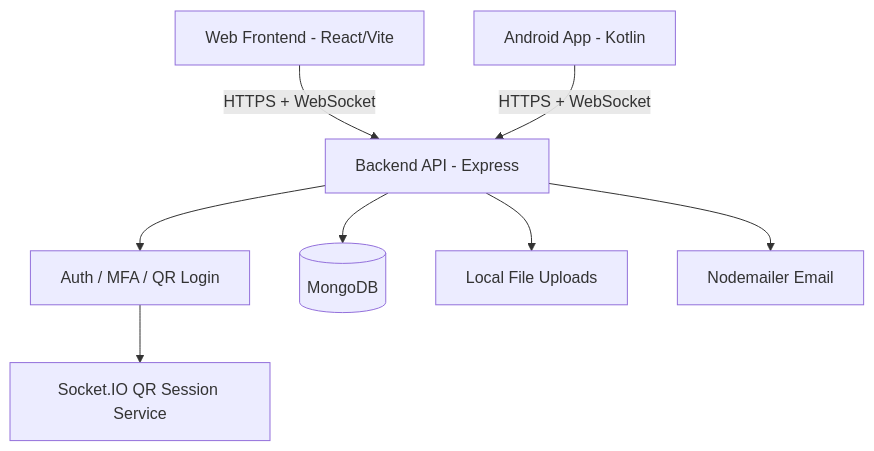
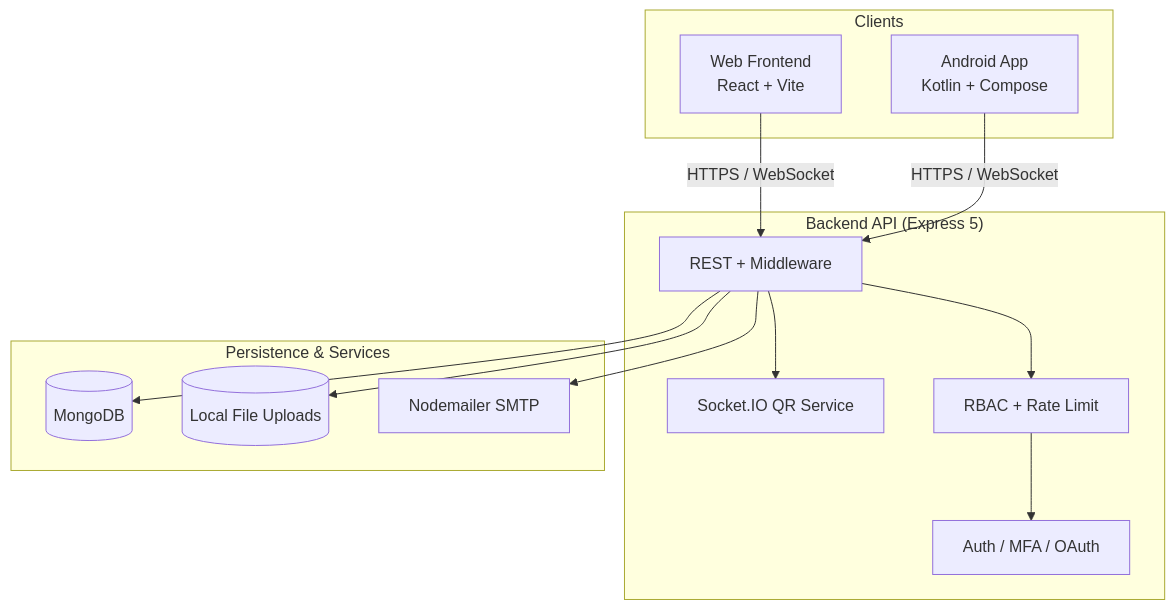
The diagram in README.md (Nciibi/aidup-platform), drawn with Mermaid before and after one commit. The commit also changed other lines of this file and 1 other file, not shown here.

````diff
--- a/README.md
+++ b/README.md
@@ -17,10 +119,28 @@
 ```mermaid
 graph TD
-    Web[Web Frontend - React/Vite] -->|HTTPS + WebSocket| API[Backend API - Express]
-    Mobile[Android App - Kotlin] -->|HTTPS + WebSocket| API
-    API --> Auth[Auth / MFA / QR Login]
-    API --> DB[(MongoDB)]
-    API --> Storage[Local File Uploads]
-    API --> Mail[Nodemailer Email]
-    Auth --> QR[Socket.IO QR Session Service]
+    subgraph Clients
+        Web[Web Frontend<br/>React + Vite]
+        Mobile[Android App<br/>Kotlin + Compose]
+    end
+
+    subgraph "Backend API (Express 5)"
+        API[REST + Middleware]
+        Auth[Auth / MFA / OAuth]
+        QR[Socket.IO QR Service]
+        Guard[RBAC + Rate Limit]
+    end
+
+    subgraph Persistence & Services
+        DB[(MongoDB)]
+        Storage[(Local File Uploads)]
+        Mail[Nodemailer SMTP]
+    end
+
+    Web -->|HTTPS / WebSocket| API
+    Mobile -->|HTTPS / WebSocket| API
+    API --> Guard --> Auth
+    API --> QR
+    API --> DB
+    API --> Storage
+    API --> Mail
 ```
````
